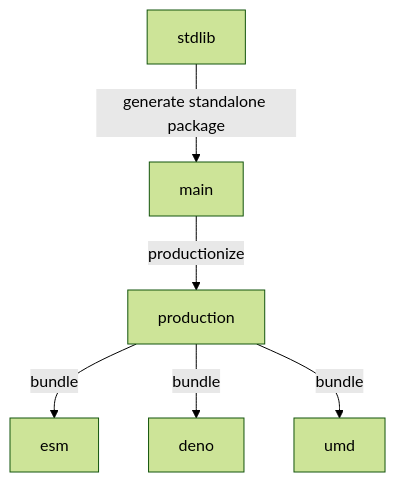
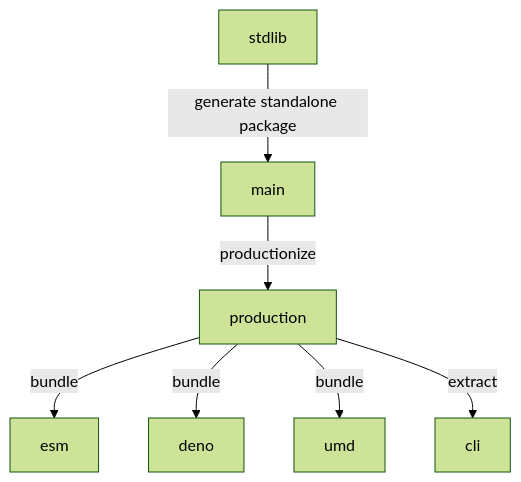
The diagram in branches.md (stdlib-js/assert-is-absolute-path), drawn with Mermaid (forest theme) before and after one commit. The commit also changed other lines of this file and 8 other files, not shown here.

````diff
--- a/branches.md
+++ b/branches.md
@@ -33,15 +34,17 @@
 ```mermaid
 graph TD;
 A[stdlib]-->|generate standalone package|B;
 B[main] -->|productionize| C[production];
 C -->|bundle| D[esm];
 C -->|bundle| E[deno];
 C -->|bundle| F[umd];
+C -->|extract| G[cli];
 
-click A href "https://github.com/stdlib-js/stdlib/tree/develop/lib/node_modules/%40stdlib/assert/is-absolute-path"
-click B href "https://github.com/stdlib-js/assert-is-absolute-path/tree/main"
-click C href "https://github.com/stdlib-js/assert-is-absolute-path/tree/production"
-click D href "https://github.com/stdlib-js/assert-is-absolute-path/tree/esm"
-click E href "https://github.com/stdlib-js/assert-is-absolute-path/tree/deno"
-click F href "https://github.com/stdlib-js/assert-is-absolute-path/tree/umd"
+%% click A href "https://github.com/stdlib-js/stdlib/tree/develop/lib/node_modules/%40stdlib/assert/is-absolute-path"
+%% click B href "https://github.com/stdlib-js/assert-is-absolute-path/tree/main"
+%% click C href "https://github.com/stdlib-js/assert-is-absolute-path/tree/production"
+%% click D href "https://github.com/stdlib-js/assert-is-absolute-path/tree/esm"
+%% click E href "https://github.com/stdlib-js/assert-is-absolute-path/tree/deno"
+%% click F href "https://github.com/stdlib-js/assert-is-absolute-path/tree/umd"
+%% click G href "https://github.com/stdlib-js/assert-is-absolute-path/tree/cli"
 ```
````
